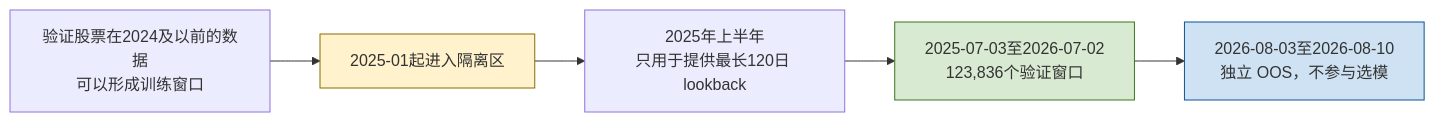
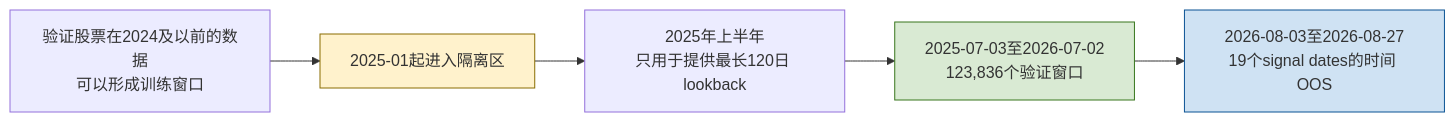
The fourth of 15 diagrams in finetune/SMALL_0_1_MODEL_AND_TRAINING_TECHNICAL_REPORT_CN.md (luckfu/Kronos), drawn with Mermaid before and after one commit. The commit also changed other lines of this file and 6 other files, not shown here.

````diff
--- a/finetune/SMALL_0_1_MODEL_AND_TRAINING_TECHNICAL_REPORT_CN.md
+++ b/finetune/SMALL_0_1_MODEL_AND_TRAINING_TECHNICAL_REPORT_CN.md
@@ -130,10 +140,10 @@
 ```mermaid
 flowchart LR
     A[验证股票在2024及以前的数据<br/>可以形成训练窗口] --> B[2025-01起进入隔离区]
     B --> C[2025年上半年<br/>只用于提供最长120日 lookback]
     C --> D[2025-07-03至2026-07-02<br/>123,836个验证窗口]
-    D --> E[2026-08-03至2026-08-10<br/>独立 OOS，不参与选模]
+    D --> E[2026-08-03至2026-08-27<br/>19个signal dates的时间 OOS]
     style B fill:#fff2cc,stroke:#8a6d00
     style D fill:#d9ead3,stroke:#38761d
     style E fill:#cfe2f3,stroke:#0b5394
 ```
````
